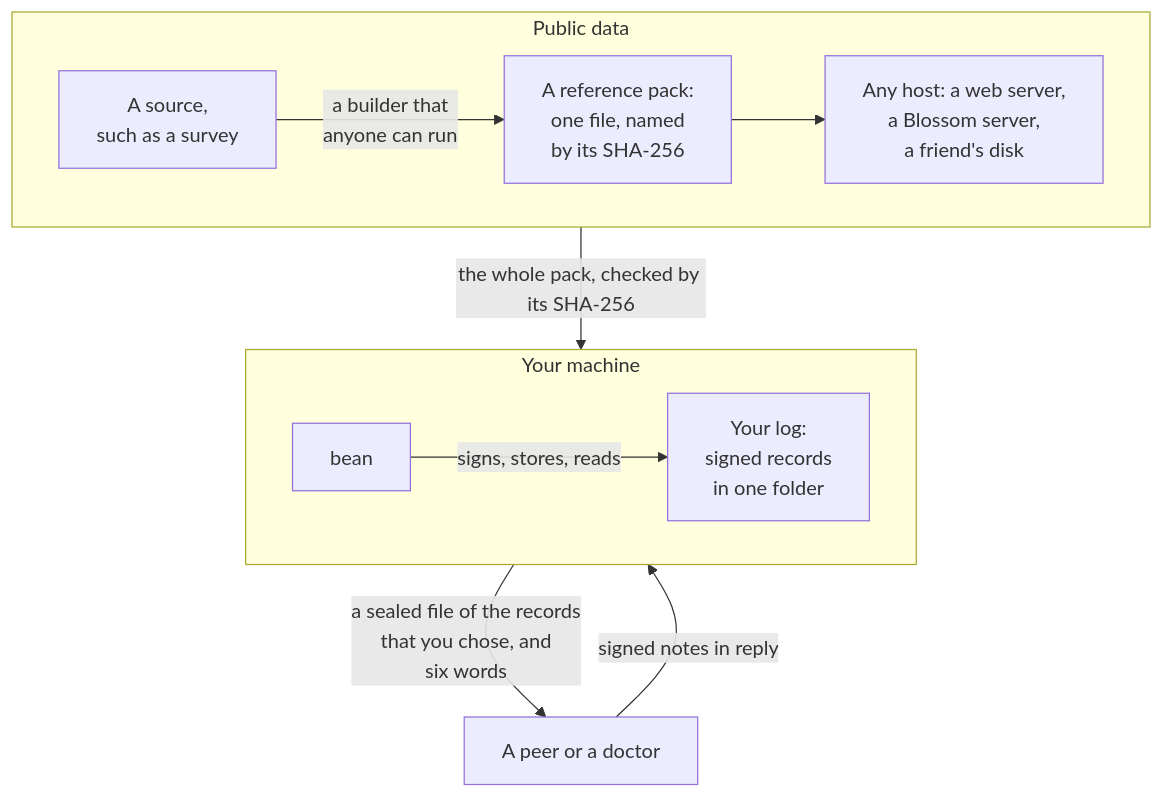
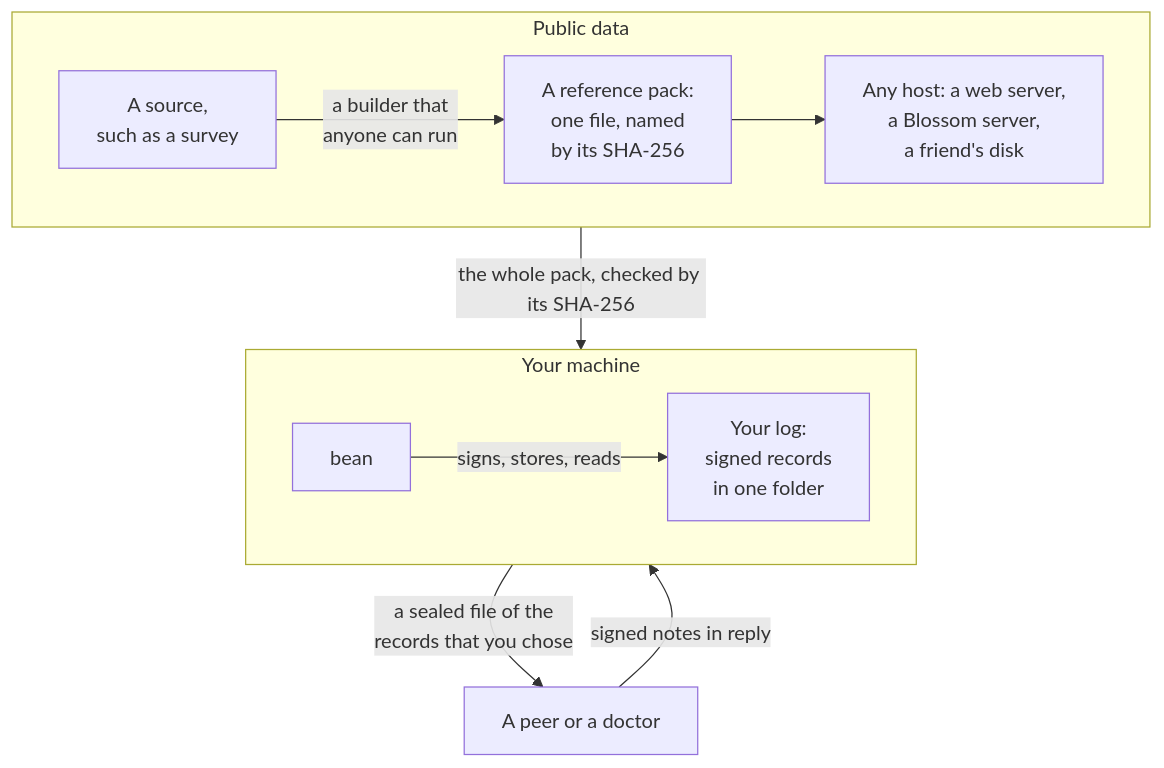
One commit to Conscious-Repository/bean changed the diagram in README.md. Above: the diagram before and after it, drawn with Mermaid. The commit also changed other lines of this file and 7 other files, not shown here.

````diff
--- a/README.md
+++ b/README.md
@@ -31,16 +33,16 @@
 ```mermaid
 flowchart TB
     subgraph public["Public data"]
         direction LR
         source["A source,<br/>such as a survey"] -->|"a builder that<br/>anyone can run"| pack["A reference pack:<br/>one file, named<br/>by its SHA-256"]
         pack --> host["Any host: a web server,<br/>a Blossom server,<br/>a friend's disk"]
     end
     subgraph machine["Your machine"]
         direction LR
         bean["bean"] -->|"signs, stores, reads"| log["Your log:<br/>signed records<br/>in one folder"]
     end
     peer["A peer or a doctor"]
     public -->|"the whole pack, checked by its SHA-256"| machine
-    machine -->|"a sealed file of the records<br/>that you chose, and<br/>six words"| peer
+    machine -->|"a sealed file of the<br/>records that you chose"| peer
     peer -->|"signed notes in reply"| machine
 ```
````
